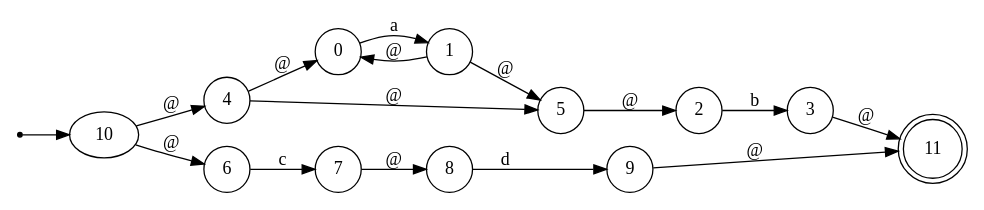
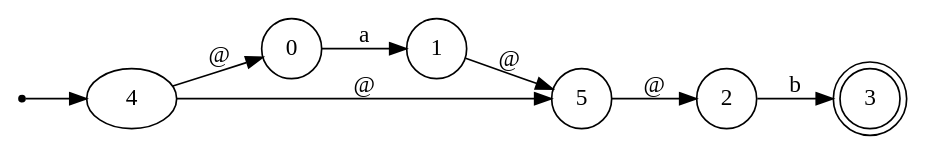
Before and after one commit to FabianPalacios/Automatas: the diagram in View/fsm.gv, drawn with Graphviz. The commit also changed 7 other files, not shown here.

```diff
--- a/View/fsm.gv
+++ b/View/fsm.gv
@@ -1,22 +1,14 @@
 digraph finite_state_machine {
 	rankdir=LR size="8,5"
 	ini [shape=point]
-	ini -> 10
+	ini -> 4
 	node [shape=doublecircle]
-	11
+	3
 	node [shape=circle]
 	0 -> 1 [label=a]
 	2 -> 3 [label=b]
 	4 -> 5 [label="@"]
 	4 -> 0 [label="@"]
-	1 -> 0 [label="@"]
 	1 -> 5 [label="@"]
 	5 -> 2 [label="@"]
-	6 -> 7 [label=c]
-	8 -> 9 [label=d]
-	7 -> 8 [label="@"]
-	10 -> 6 [label="@"]
-	10 -> 4 [label="@"]
-	9 -> 11 [label="@"]
-	3 -> 11 [label="@"]
 }
```
